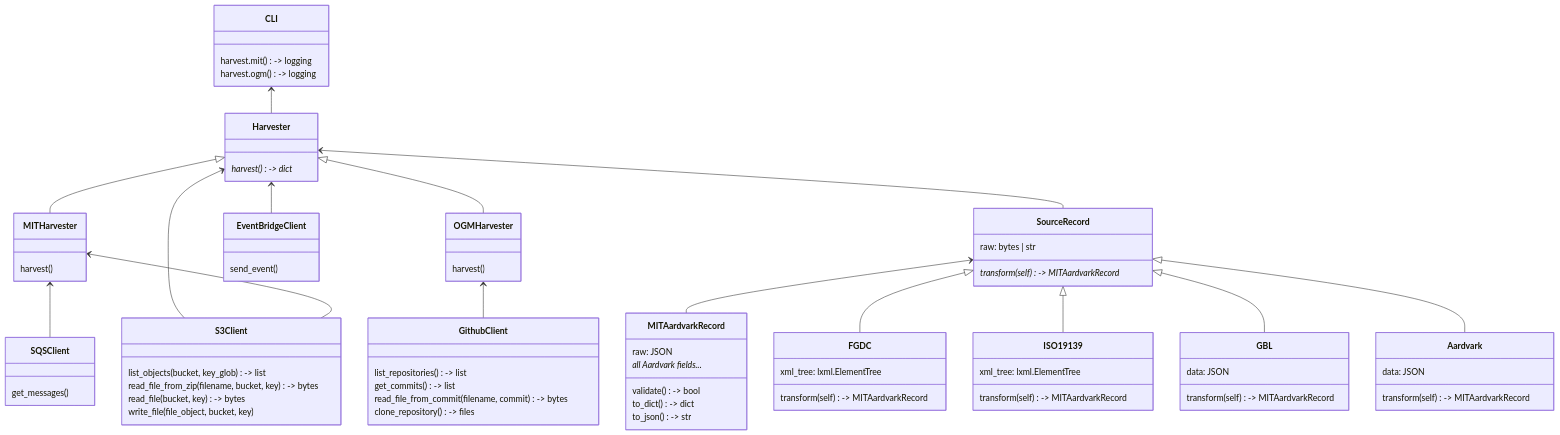
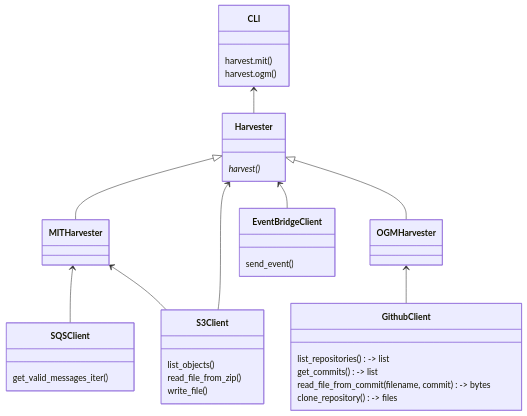
Before and after one commit to MITLibraries/geo-harvester: the first of 3 diagrams in docs/architecture.md, drawn with Mermaid. The commit also changed other lines of this file and 2 other files, not shown here.

Commit message:
update docs for Records and anticipate iterators

````diff
--- a/docs/architecture.md
+++ b/docs/architecture.md
@@ -5,81 +7,40 @@
 ```mermaid
 classDiagram
     class CLI{
-        harvest.mit() -> logging
-        harvest.ogm() -> logging
+        harvest.mit()
+        harvest.ogm()
+    }
+    class Harvester{
+        harvest()*
     }
     class MITHarvester{
-        harvest()
     }
     class OGMHarvester{
-        harvest()
-    }
-    class Harvester{
-        harvest()* -> dict
     }
     class SQSClient {
-        get_messages()
+        get_valid_messages_iter()
     }
     class EventBridgeClient {
         send_event()
     }
     class S3Client {
-        list_objects(bucket, key_glob) -> list
-        read_file_from_zip(filename, bucket, key) -> bytes
-        read_file(bucket, key) -> bytes
-        write_file(file_object, bucket, key)
+        list_objects()
+        read_file_from_zip()
+        write_file()
     }
     class GithubClient {
         list_repositories() -> list
         get_commits() -> list
         read_file_from_commit(filename, commit) -> bytes
         clone_repository() -> files
     }
-    class MITAardvarkRecord {
-        raw: JSON
-        all Aardvark fields...*
-        validate() -> bool
-        to_dict() -> dict
-        to_json() -> str
-    }
-    class SourceRecord{
-        raw: bytes | str
-        transform(self)* -> MITAardvarkRecord
-    }
-    class FGDC{
-        xml_tree: lxml.ElementTree
-        transform(self) -> MITAardvarkRecord
-    }
-    class ISO19139{
-        xml_tree: lxml.ElementTree
-        transform(self) -> MITAardvarkRecord
-    }
-    class GBL{
-        data: JSON
-        transform(self) -> MITAardvarkRecord
-    }
-    class Aardvark{
-        data: JSON
-        transform(self) -> MITAardvarkRecord
-    }
     
     CLI <-- Harvester
-    
     Harvester <|-- MITHarvester
     Harvester <|-- OGMHarvester
-    
-    Harvester <-- SourceRecord
-    Harvester <-- S3Client
     Harvester <-- EventBridgeClient
-    
     MITHarvester <-- SQSClient
     MITHarvester <-- S3Client
-
     OGMHarvester <-- GithubClient
-    
-    SourceRecord <-- MITAardvarkRecord
-    SourceRecord <|-- FGDC
-    SourceRecord <|-- ISO19139
-    SourceRecord <|-- GBL
-    SourceRecord <|-- Aardvark
+    Harvester <-- S3Client
 ```
````
